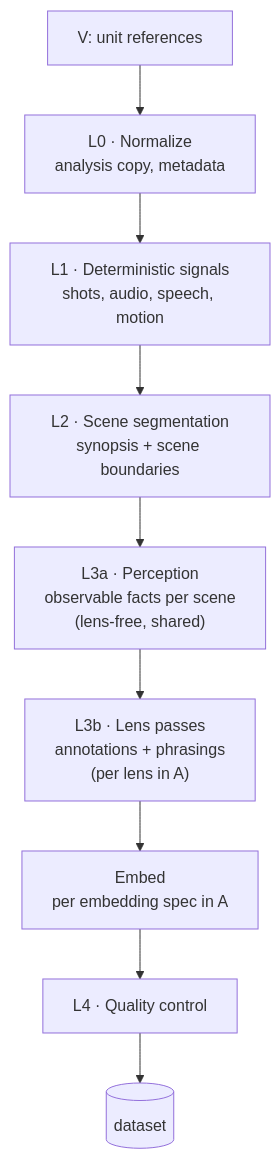
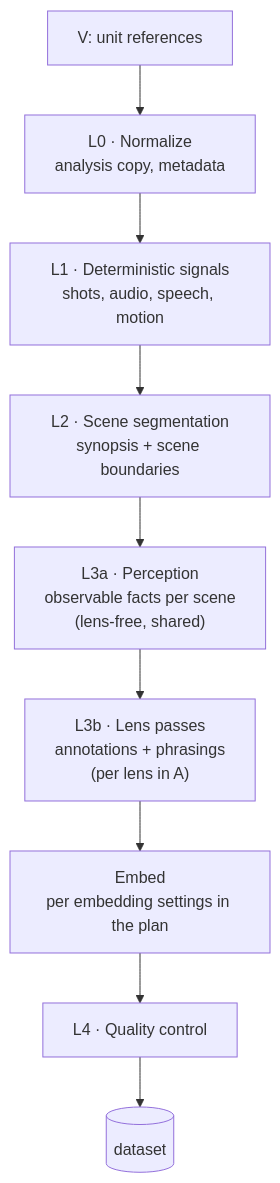
One commit to edyhtan/framekit changed the fifth of 6 diagrams in docs/DESIGN.md. Above: the diagram before and after it, drawn with Mermaid. The commit also changed other lines of this file and 4 other files, not shown here.

````diff
--- a/docs/DESIGN.md
+++ b/docs/DESIGN.md
@@ -276,11 +331,11 @@
 ```mermaid
 flowchart TB
     V["V: unit references"] --> L0["L0 · Normalize<br/>analysis copy, metadata"]
     L0 --> L1["L1 · Deterministic signals<br/>shots, audio, speech, motion"]
     L1 --> L2["L2 · Scene segmentation<br/>synopsis + scene boundaries"]
     L2 --> L3a["L3a · Perception<br/>observable facts per scene<br/>(lens-free, shared)"]
     L3a --> L3b["L3b · Lens passes<br/>annotations + phrasings<br/>(per lens in A)"]
-    L3b --> EM["Embed<br/>per embedding spec in A"]
+    L3b --> EM["Embed<br/>per embedding settings in the plan"]
     EM --> L4["L4 · Quality control"]
     L4 --> DS[("dataset")]
 ```
````
